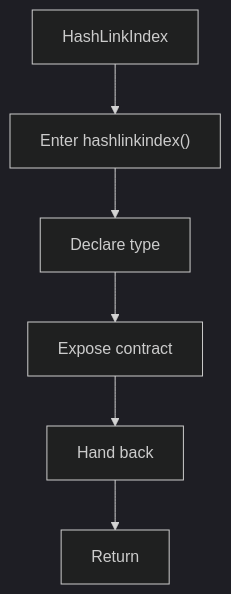
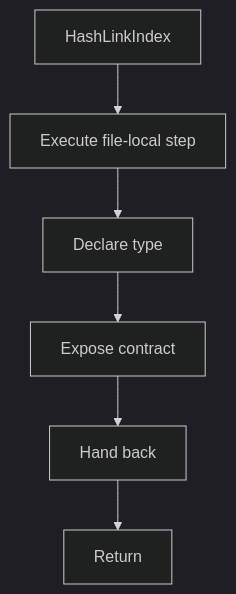
Before and after one commit to JohnAndrewBalbarosa/NeoTerritory: the diagram in docs/Codebase/Microservice/Modules/Header/SyntacticBrokenAST/HashingMechanism/HashLinks/Flow/functions/hashlinkindex.hpp.md, drawn with Mermaid (dark theme). The commit also changed other lines of this file and 915 other files, not shown here.

````diff
--- a/docs/Codebase/Microservice/Modules/Header/SyntacticBrokenAST/HashingMechanism/HashLinks/Flow/functions/hashlinkindex.hpp.md
+++ b/docs/Codebase/Microservice/Modules/Header/SyntacticBrokenAST/HashingMechanism/HashLinks/Flow/functions/hashlinkindex.hpp.md
@@ -16,14 +16,14 @@
 ```mermaid
 flowchart TD
     Start["HashLinkIndex"]
-    N0["Enter hashlinkindex()"]
+    N0["Execute file-local step"]
     N1["Declare type"]
     N2["Expose contract"]
     N3["Hand back"]
     End["Return"]
     Start --> N0
     N0 --> N1
     N1 --> N2
     N2 --> N3
     N3 --> End
 ```
````
